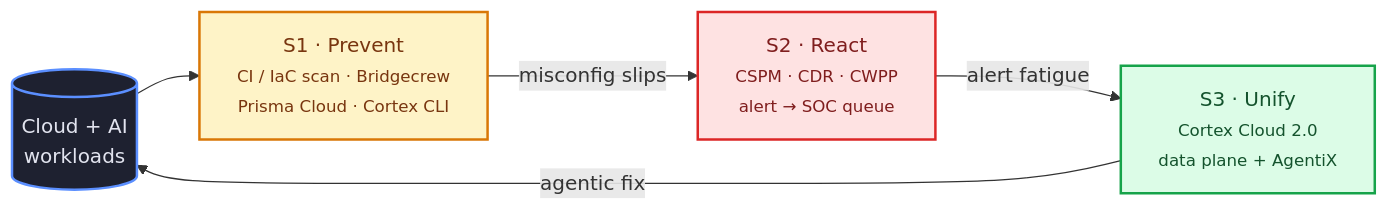
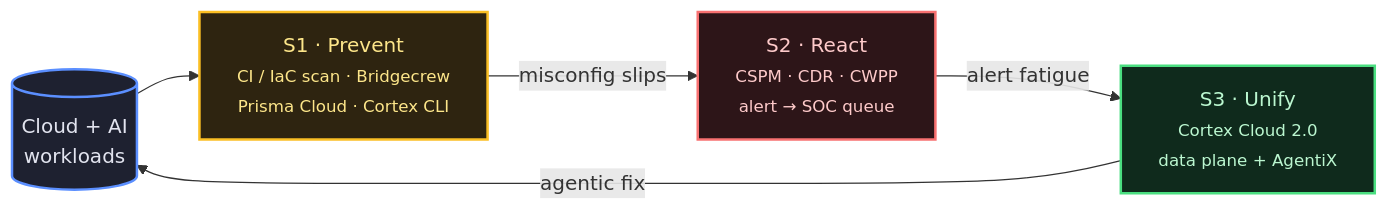
The diagram in src/content/posts/en/cse-03-shift-left-agentic.md (arifbazli/malay-tech-journal), drawn with Mermaid before and after one commit. The commit also changed other lines of this file and 16 other files, not shown here.

First line of the commit message:
fix(mermaid): fix light-theme colors and rendering bugs across all diagrams

````diff
--- a/src/content/posts/en/cse-03-shift-left-agentic.md
+++ b/src/content/posts/en/cse-03-shift-left-agentic.md
@@ -91,15 +90,15 @@
 ```mermaid
 flowchart LR
   cloud[("Cloud + AI<br/>workloads")]:::input
   S1["S1 · Prevent<br/><small>CI / IaC scan · Bridgecrew<br/>Prisma Cloud · Cortex CLI</small>"]:::prevent
   S2["S2 · React<br/><small>CSPM · CDR · CWPP<br/>alert → SOC queue</small>"]:::react
   S3["S3 · Unify<br/><small>Cortex Cloud 2.0<br/>data plane + AgentiX</small>"]:::unify
   cloud --> S1
   S1 -->|"misconfig slips"| S2
   S2 -->|"alert fatigue"| S3
   S3 -->|"agentic fix"| cloud
   classDef input fill:#1e2130,stroke:#5b8fff,stroke-width:2px,color:#e2e4ef
-  classDef prevent fill:#fef3c7,stroke:#d97706,stroke-width:2px,color:#78350f
-  classDef react fill:#fee2e2,stroke:#dc2626,stroke-width:2px,color:#7f1d1d
-  classDef unify fill:#dcfce7,stroke:#16a34a,stroke-width:2px,color:#14532d
+  classDef prevent fill:#2e2410,stroke:#fbbf24,stroke-width:2px,color:#fde68a
+  classDef react fill:#2d1518,stroke:#f87171,stroke-width:2px,color:#fecaca
+  classDef unify fill:#0f2a1c,stroke:#4ade80,stroke-width:2px,color:#bbf7d0
 ```
````
